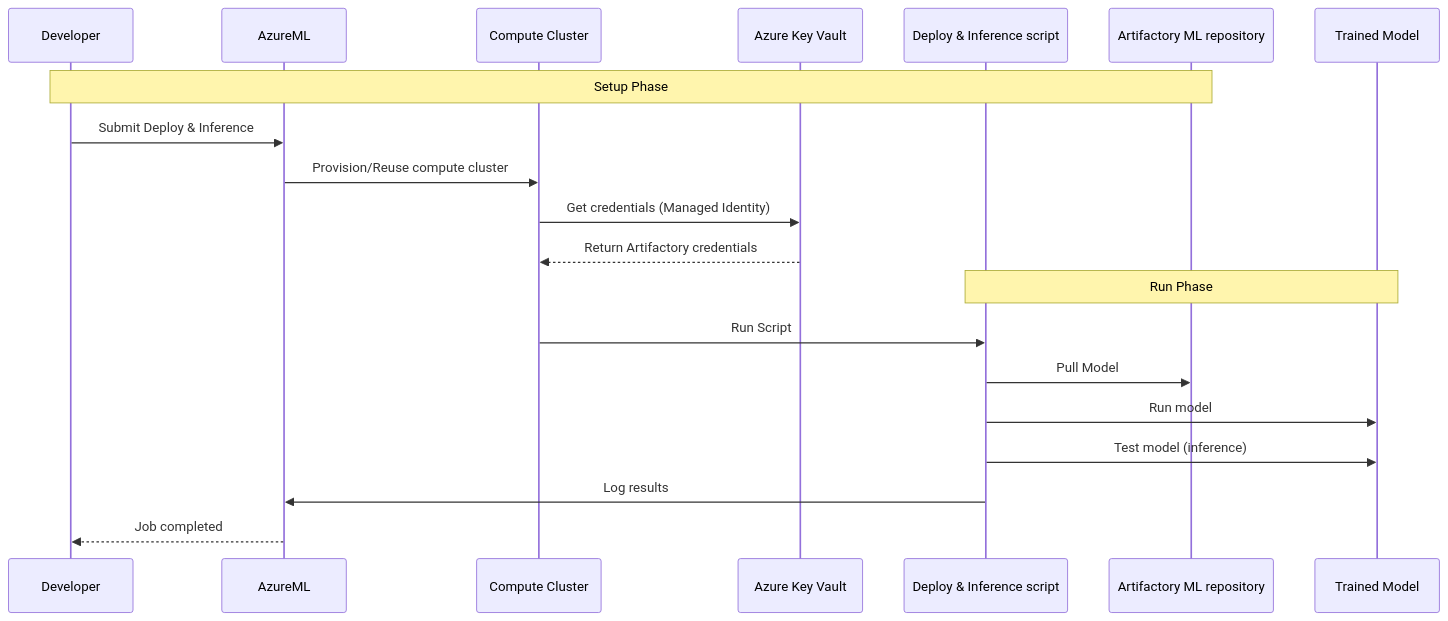
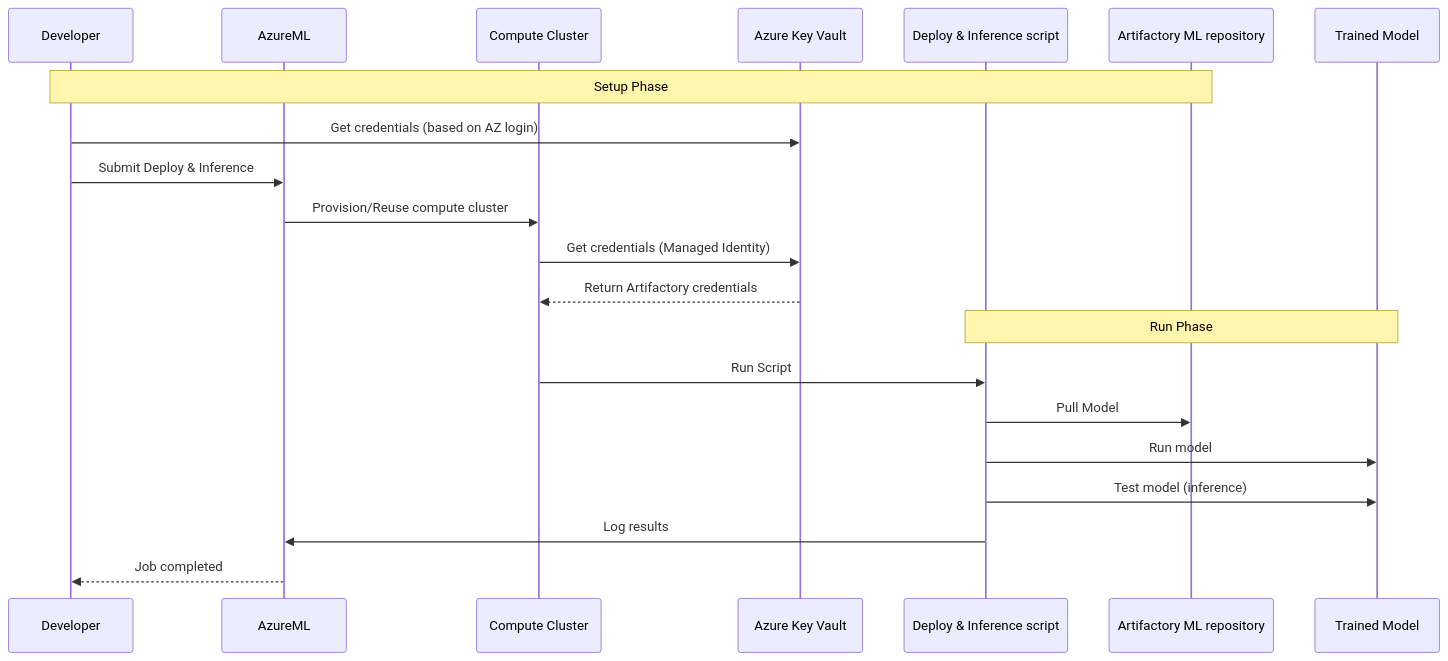
One commit to jfrog/JFrog-AzureML-integration changed the fourth of 4 diagrams in README.md. Above: the diagram before and after it, drawn with Mermaid. The commit also changed other lines of this file, not shown here.

Commit message:
README: fix diagrams

````diff
--- a/README.md
+++ b/README.md
@@ -238,23 +237,24 @@
 ```mermaid
 sequenceDiagram
     participant Dev as Developer
     participant AML as AzureML
     participant Compute as Compute Cluster       
     participant KV as Azure Key Vault
     participant deploy_and_inference as Deploy & Inference script
     participant ArtML as Artifactory ML repository 
     participant Model as Trained Model
 
     Note over Dev,ArtML: Setup Phase
+    Dev->>KV: Get credentials (based on AZ login)
     Dev->>AML: Submit Deploy & Inference
     AML->>Compute: Provision/Reuse compute cluster
     Compute->>KV: Get credentials (Managed Identity)
     KV-->>Compute: Return Artifactory credentials
     Note over deploy_and_inference,Model: Run Phase
     Compute->>deploy_and_inference: Run Script
     deploy_and_inference->>ArtML: Pull Model
     deploy_and_inference->>Model: Run model   
     deploy_and_inference->>Model: Test model (inference)   
     deploy_and_inference->>AML: Log results   
     AML-->>Dev: Job completed
 ```
````
